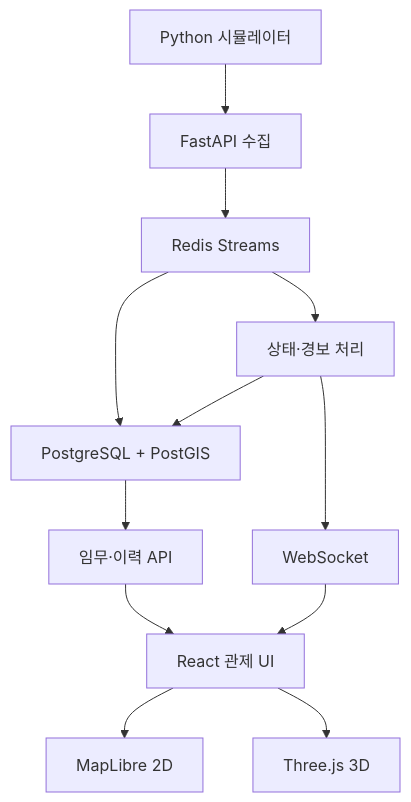
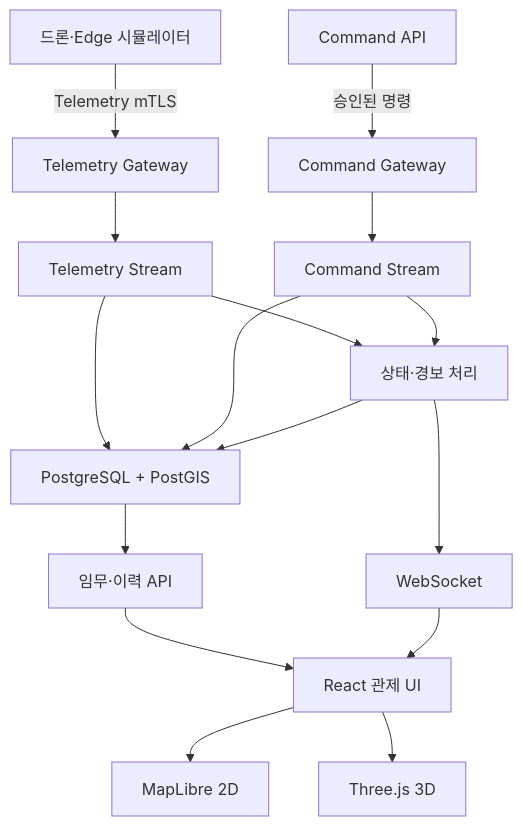
One commit to croppedeyebrow/Military_Project-AeroOps changed the diagram in docs/planning/00_종합_기획서.md. Above: the diagram before and after it, drawn with Mermaid. The commit also changed other lines of this file and 135 other files, not shown here.

First line of the commit message:
feat: Command/Telemetry 채널 분리 반영, 1~3단계 보정, 4단계(2D 실시간 관제·재동기화) 구현

````diff
--- a/docs/planning/00_종합_기획서.md
+++ b/docs/planning/00_종합_기획서.md
@@ -27,14 +39,18 @@
 ```mermaid
 flowchart TD
-    SIM["Python 시뮬레이터"] --> ING["FastAPI 수집"]
-    ING --> BUS["Redis Streams"]
-    BUS --> PROC["상태·경보 처리"]
-    BUS --> DB["PostgreSQL + PostGIS"]
+    SIM["드론·Edge 시뮬레이터"] -->|"Telemetry mTLS"| TING["Telemetry Gateway"]
+    CMD["Command API"] -->|"승인된 명령"| CGW["Command Gateway"]
+    TING --> TBUS["Telemetry Stream"]
+    CGW --> CBUS["Command Stream"]
+    TBUS --> PROC["상태·경보 처리"]
+    CBUS --> PROC
+    TBUS --> DB["PostgreSQL + PostGIS"]
+    CBUS --> DB
     PROC --> DB
     PROC --> WS["WebSocket"]
     DB --> API["임무·이력 API"]
     API --> UI["React 관제 UI"]
     WS --> UI
     UI --> MAP["MapLibre 2D"]
     UI --> VIEW["Three.js 3D"]
 ```
````
